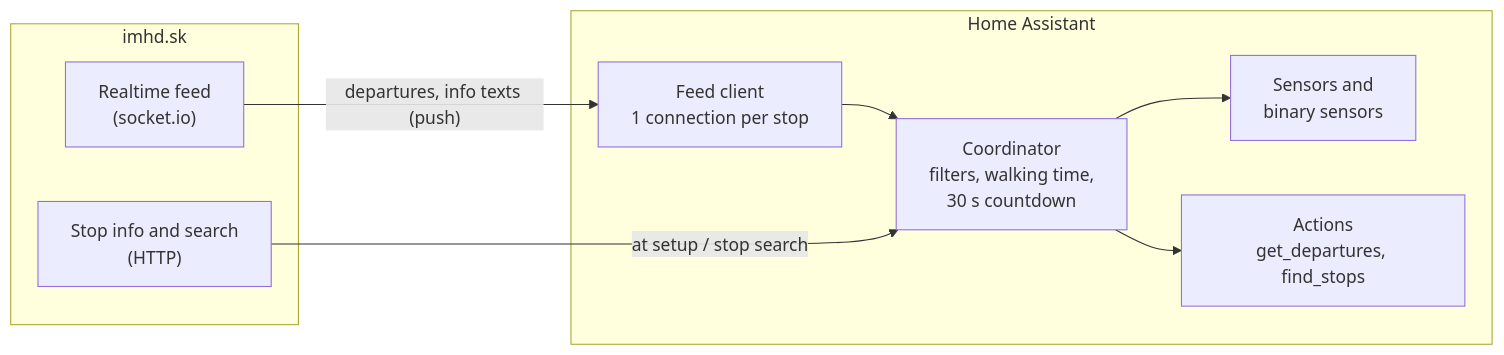
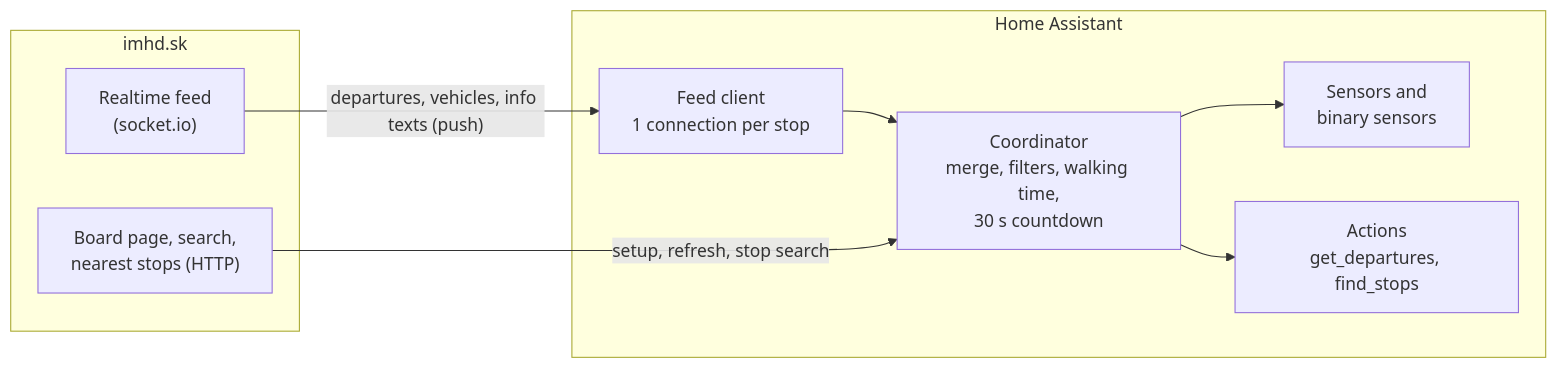
Before and after one commit to jakubfabrici/ha-imhd: the diagram in README.md, drawn with Mermaid. The commit also changed other lines of this file and 16 other files, not shown here.

````diff
--- a/README.md
+++ b/README.md
@@ -89,16 +94,16 @@
 ```mermaid
 flowchart LR
     subgraph imhd["imhd.sk"]
         SIO["Realtime feed<br/>(socket.io)"]
-        WEB["Stop info and search<br/>(HTTP)"]
+        WEB["Board page, search,<br/>nearest stops (HTTP)"]
     end
     subgraph ha["Home Assistant"]
         FEED["Feed client<br/>1 connection per stop"]
-        COORD["Coordinator<br/>filters, walking time,<br/>30 s countdown"]
+        COORD["Coordinator<br/>merge, filters, walking time,<br/>30 s countdown"]
         ENT["Sensors and<br/>binary sensors"]
         ACT["Actions<br/>get_departures, find_stops"]
     end
-    SIO -- "departures, info texts (push)" --> FEED --> COORD --> ENT
-    WEB -- "at setup / stop search" --> COORD
+    SIO -- "departures, vehicles, info texts (push)" --> FEED --> COORD --> ENT
+    WEB -- "setup, refresh, stop search" --> COORD
     COORD --> ACT
 ```
````
